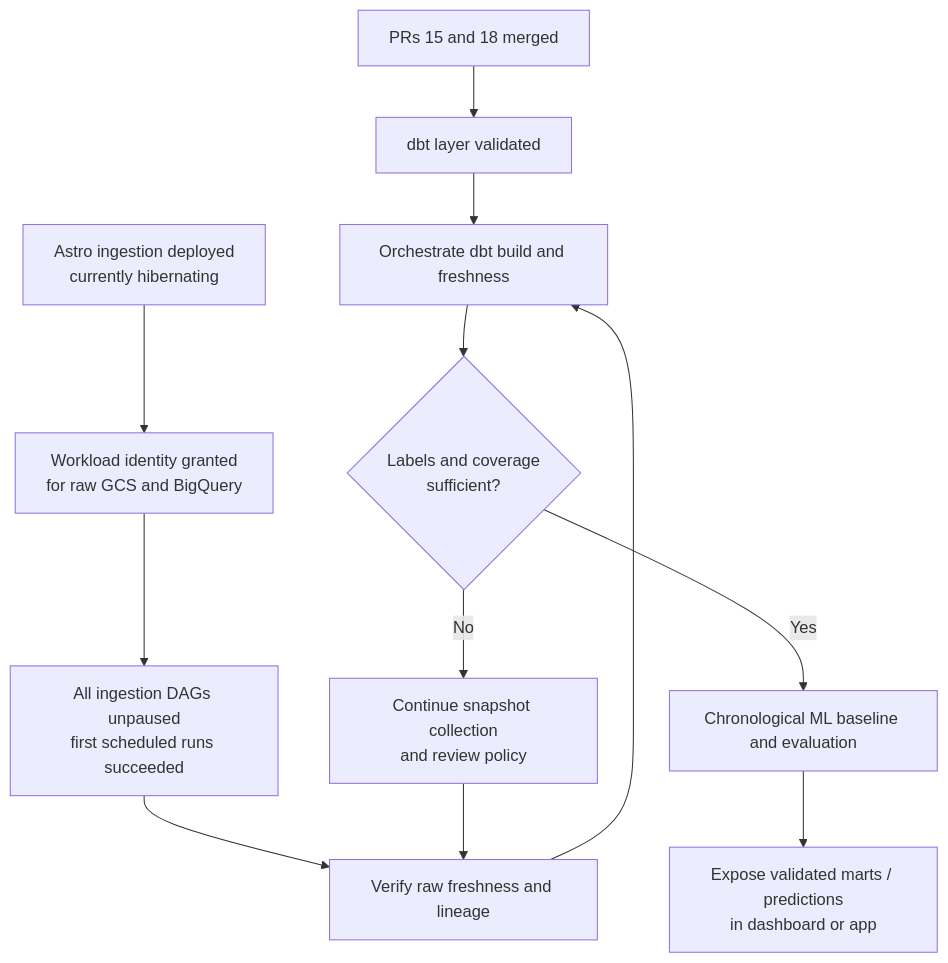
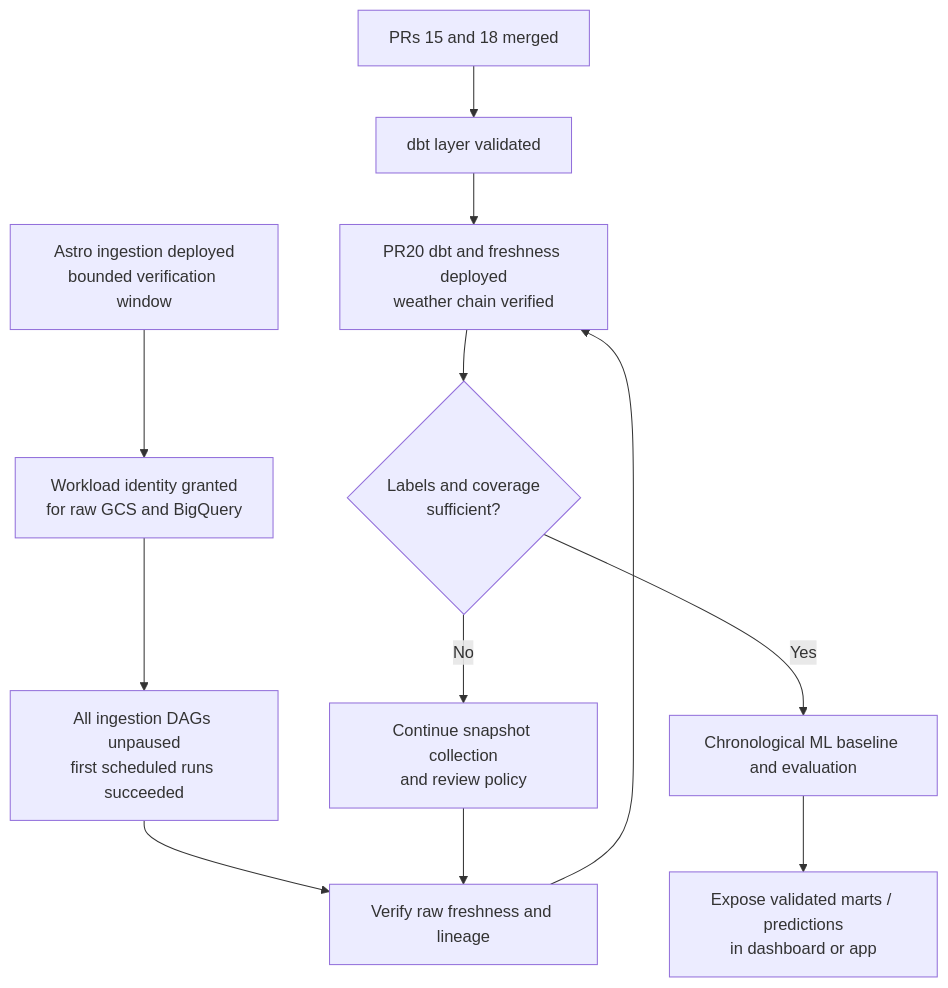
One commit to EmperorRP/ba882-bluebikes-availability-pipeline changed the second of 2 diagrams in docs/pipeline/pipeline-status.md. Above: the diagram before and after it, drawn with Mermaid. The commit also changed other lines of this file and 8 other files, not shown here.

Commit message:
Document verified dbt deployment and aggregate Phase 1 readiness; retain detailed evidence privately

````diff
--- a/docs/pipeline/pipeline-status.md
+++ b/docs/pipeline/pipeline-status.md
@@ -86,14 +89,14 @@
 ```mermaid
 flowchart TD
     A[PRs 15 and 18 merged] --> B[dbt layer validated]
-    C[Astro ingestion deployed<br/>currently hibernating] --> E[Workload identity granted<br/>for raw GCS and BigQuery]
+    C[Astro ingestion deployed<br/>bounded verification window] --> E[Workload identity granted<br/>for raw GCS and BigQuery]
     E --> F[All ingestion DAGs unpaused<br/>first scheduled runs succeeded]
     F --> G[Verify raw freshness and lineage]
-    B --> H[Orchestrate dbt build and freshness]
-    G --> H[Orchestrate dbt build and freshness]
+    B --> H[PR20 dbt and freshness deployed<br/>weather chain verified]
+    G --> H
     H --> I{Labels and coverage<br/>sufficient?}
     I -- No --> J[Continue snapshot collection<br/>and review policy]
     J --> G
     I -- Yes --> K[Chronological ML baseline and evaluation]
     K --> L[Expose validated marts / predictions<br/>in dashboard or app]
 ```
````
